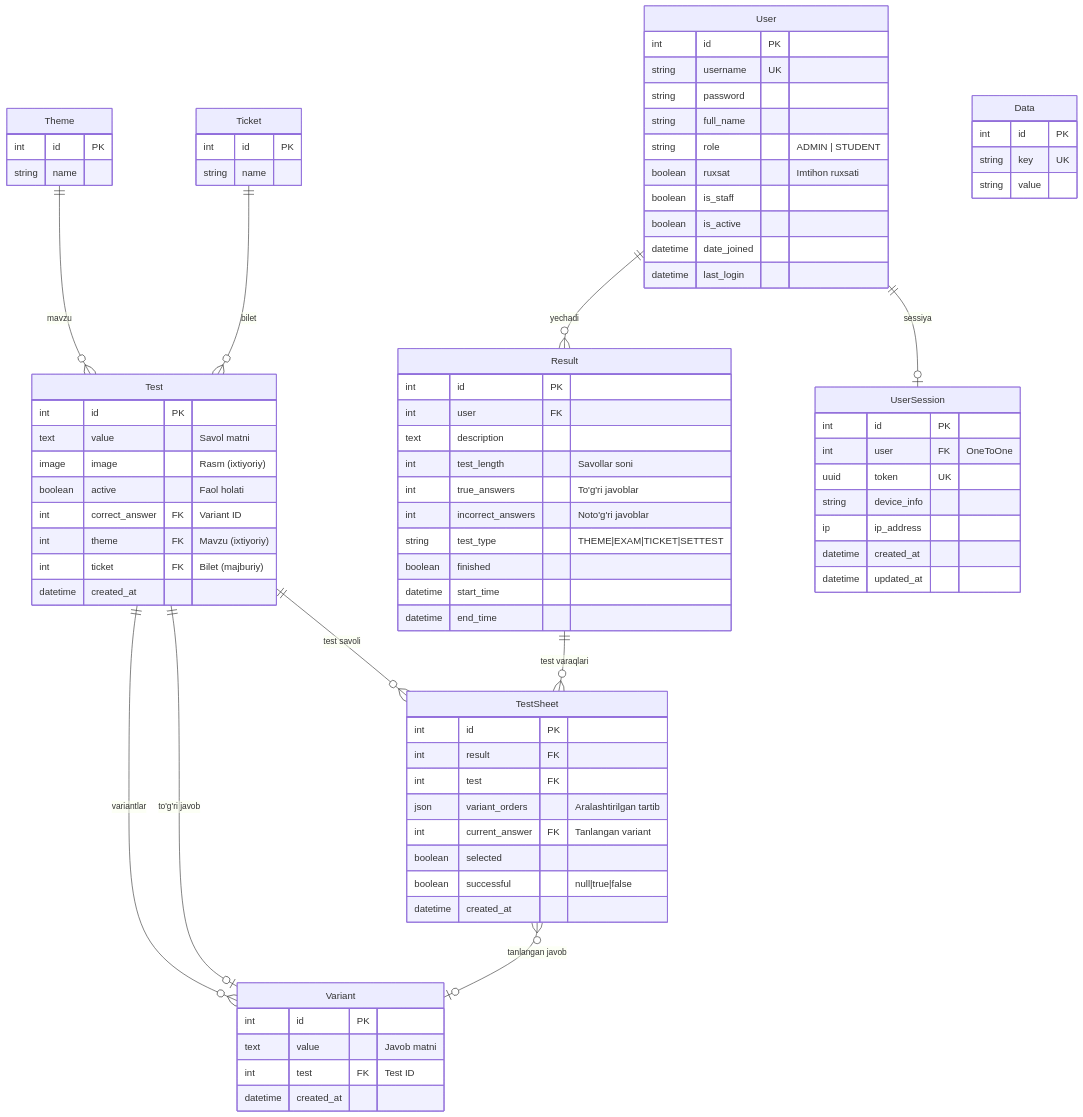
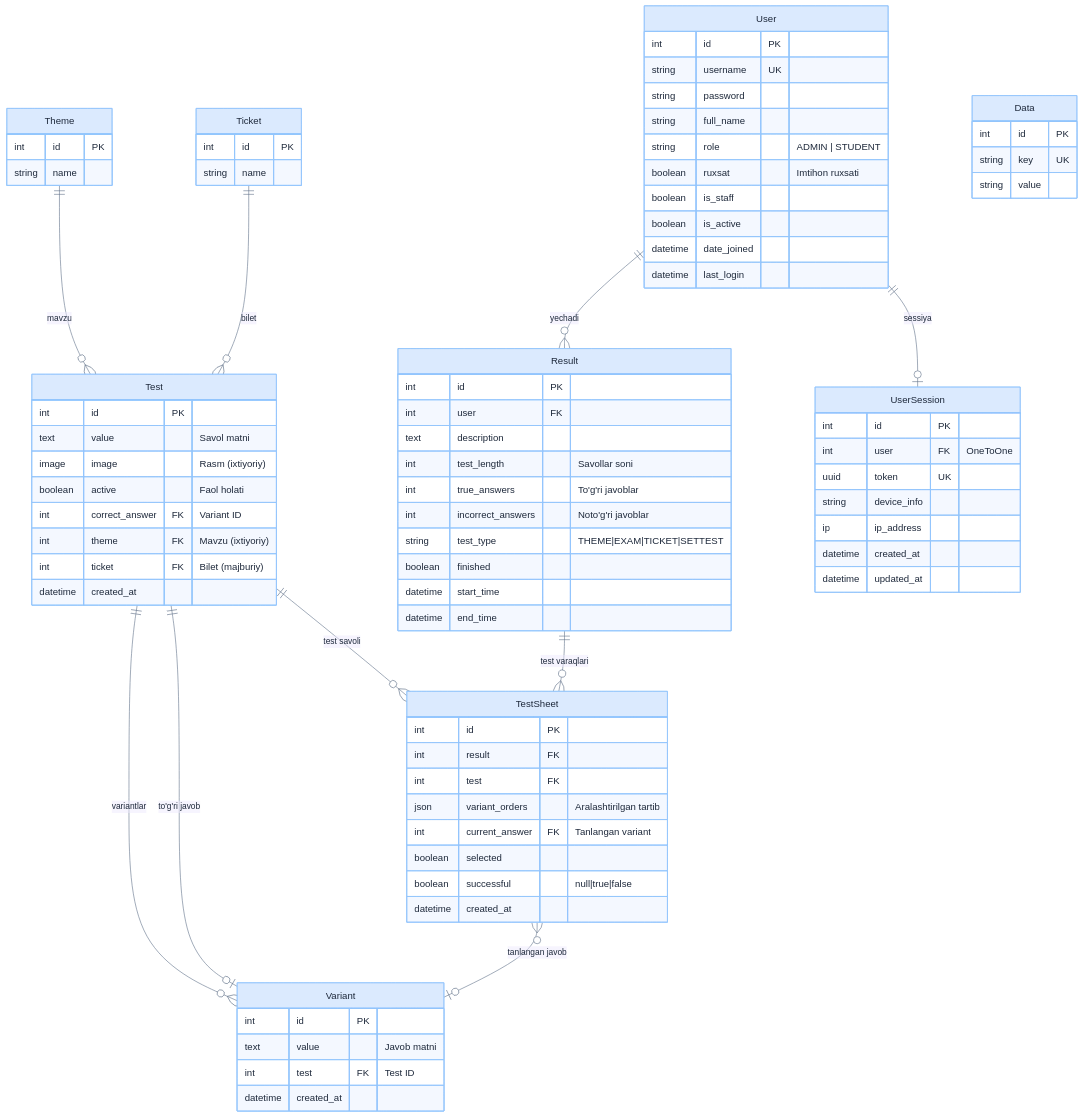
Before and after one commit to khismoiloff/BrpAvtoTest: the fifth of 20 diagrams in README.md, drawn with Mermaid. The commit also changed other lines of this file, not shown here.

Commit message:
Update README with new mermaid diagrams

````diff
--- a/README.md
+++ b/README.md
@@ -184,4 +188,5 @@
 ```mermaid
+%%{init: {'theme': 'base', 'themeVariables': {'background': '#ffffff', 'primaryColor': '#dbeafe', 'primaryTextColor': '#1e293b', 'primaryBorderColor': '#93c5fd', 'lineColor': '#64748b', 'secondaryColor': '#fef3c7', 'tertiaryColor': '#ede9fe', 'fontFamily': 'sans-serif'}}}%%
 erDiagram
     User ||--o{ Result : "yechadi"
     User ||--o| UserSession : "sessiya"
````
